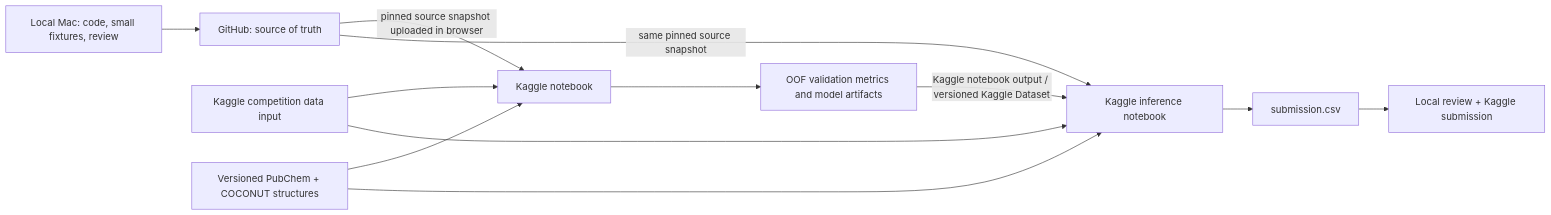
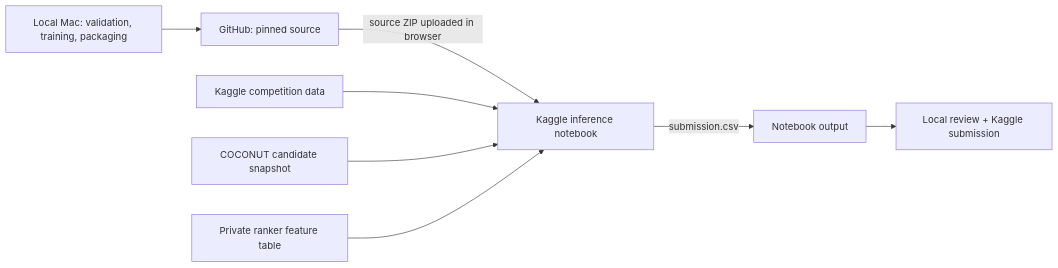
One commit to mxm-1x/Enveda-CASMI-2026 changed the diagram in PIPELINE_ARCHITECTURE.md. Above: the diagram before and after it, drawn with Mermaid. The commit also changed other lines of this file and 1 other file, not shown here.

Commit message:
Document browser-based inference workflow

````diff
--- a/PIPELINE_ARCHITECTURE.md
+++ b/PIPELINE_ARCHITECTURE.md
@@ -11,14 +11,10 @@
 ```mermaid
 flowchart LR
-  A[Local Mac: code, small fixtures, review] --> B[GitHub: source of truth]
-  B -->|pinned source snapshot uploaded in browser| C[Kaggle notebook]
-  D[Kaggle competition data input] --> C
-  X[Versioned PubChem + COCONUT structures] --> C
-  C --> E[OOF validation metrics and model artifacts]
-  E -->|Kaggle notebook output / versioned Kaggle Dataset| F[Kaggle inference notebook]
-  B -->|same pinned source snapshot| F
-  D --> F
-  X --> F
-  F --> G[submission.csv]
+  A[Local Mac: validation, training, packaging] --> B[GitHub: pinned source]
+  B -->|source ZIP uploaded in browser| C[Kaggle inference notebook]
+  D[Kaggle competition data] --> C
+  X[COCONUT candidate snapshot] --> C
+  Y[Private ranker feature table] --> C
+  C -->|submission.csv| G[Notebook output]
   G --> H[Local review + Kaggle submission]
 ```
````
